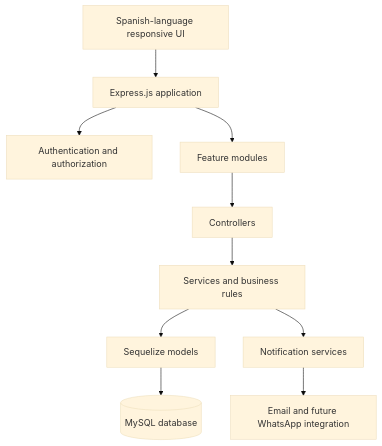
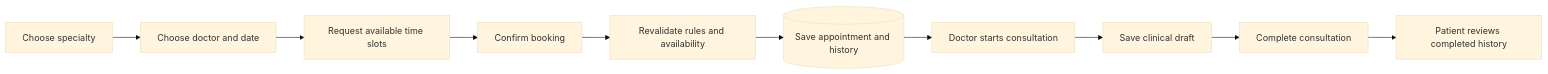
Before and after one commit to personalProjectsDeltaG8109/saludvital: the diagram in README.md, drawn with Mermaid (base theme). The commit also changed other lines of this file, not shown here.

````diff
--- a/README.md
+++ b/README.md
@@ -160,12 +52,12 @@
 ```mermaid
-flowchart TD
-    A["Spanish-language responsive UI"] --> B["Express.js application"]
-    B --> C["Authentication and authorization"]
-    B --> D["Feature modules"]
-    D --> E["Controllers"]
-    E --> F["Services and business rules"]
-    F --> G["Sequelize models"]
-    G --> H[("MySQL database")]
-    F --> I["Notification services"]
-    I --> J["Email and future WhatsApp integration"]
+flowchart LR
+    A["Choose specialty"] --> B["Choose doctor and date"]
+    B --> C["Request available time slots"]
+    C --> D["Confirm booking"]
+    D --> E["Revalidate rules and availability"]
+    E --> F[("Save appointment and history")]
+    F --> G["Doctor starts consultation"]
+    G --> H["Save clinical draft"]
+    H --> I["Complete consultation"]
+    I --> J["Patient reviews completed history"]
 ```
````
